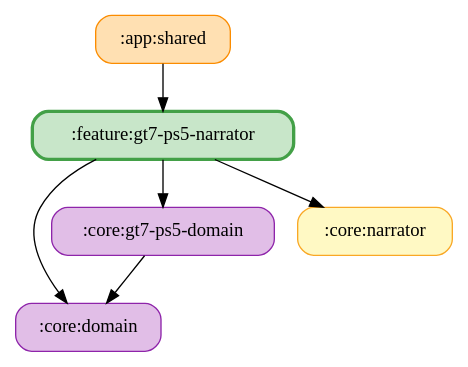
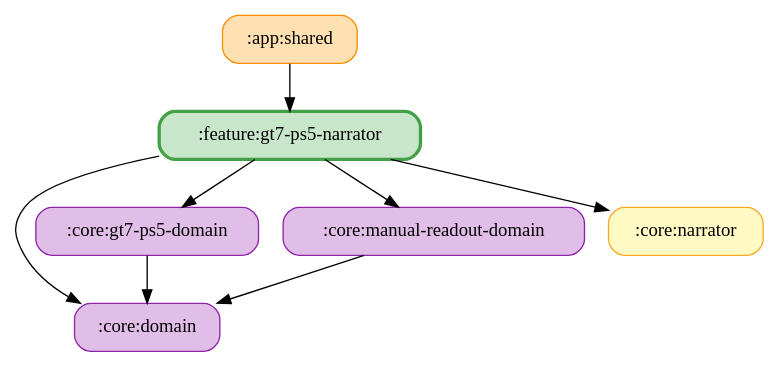
The diagram in docs/graphs/feature-gt7-ps5-narrator.gv (ai-kurou/KoDriver), drawn with Graphviz before and after one commit. The commit also changed 58 other files, not shown here.

Commit message:
chore: update module graph images

```diff
--- a/docs/graphs/feature-gt7-ps5-narrator.gv
+++ b/docs/graphs/feature-gt7-ps5-narrator.gv
@@ -1,14 +1,17 @@
 digraph G {
   rankdir=TB
   node [shape=box, style="rounded,filled"]
   ":app:shared" [fillcolor="#FFE0B2", color="#FB8C00", penwidth=1]
   ":core:domain" [fillcolor="#E1BEE7", color="#8E24AA", penwidth=1]
   ":core:gt7-ps5-domain" [fillcolor="#E1BEE7", color="#8E24AA", penwidth=1]
+  ":core:manual-readout-domain" [fillcolor="#E1BEE7", color="#8E24AA", penwidth=1]
   ":core:narrator" [fillcolor="#FFF9C4", color="#F9A825", penwidth=1]
   ":feature:gt7-ps5-narrator" [fillcolor="#C8E6C9", color="#43A047", penwidth=2.5]
   ":app:shared" -> ":feature:gt7-ps5-narrator"
   ":core:gt7-ps5-domain" -> ":core:domain"
+  ":core:manual-readout-domain" -> ":core:domain"
   ":feature:gt7-ps5-narrator" -> ":core:domain"
   ":feature:gt7-ps5-narrator" -> ":core:gt7-ps5-domain"
+  ":feature:gt7-ps5-narrator" -> ":core:manual-readout-domain"
   ":feature:gt7-ps5-narrator" -> ":core:narrator"
 }
```
